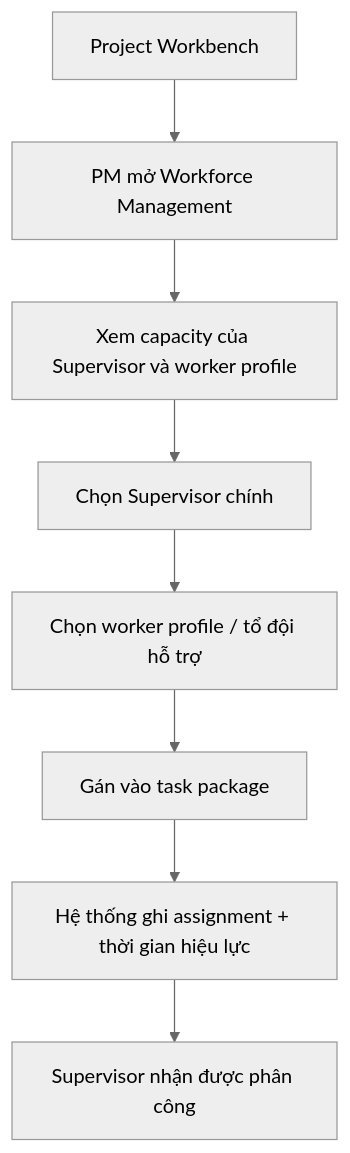
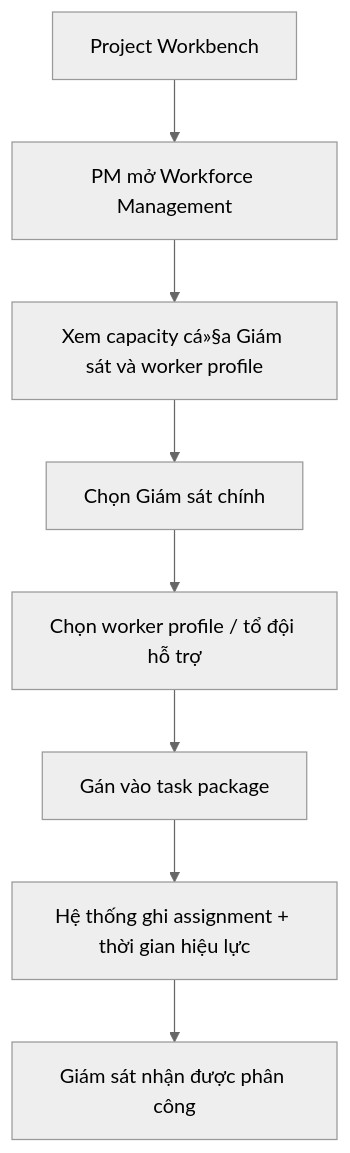
Before and after one commit to dungnt118/sira-thi-cong: the fourth of 8 diagrams in documents/BA-V4/03-UI-UX-Design/PM/User_Flows_PM_v4.md, drawn with Mermaid (neutral theme). The commit also changed other lines of this file and 56 other files, not shown here.

````diff
--- a/documents/BA-V4/03-UI-UX-Design/PM/User_Flows_PM_v4.md
+++ b/documents/BA-V4/03-UI-UX-Design/PM/User_Flows_PM_v4.md
@@ -74,10 +74,10 @@
 ```mermaid
 flowchart TD
   A["Project Workbench"] --> B["PM mở Workforce Management"]
-  B --> C["Xem capacity của Supervisor và worker profile"]
-  C --> D["Chọn Supervisor chính"]
+  B --> C["Xem capacity cá»§a Giám sát và worker profile"]
+  C --> D["Chọn Giám sát chính"]
   D --> E["Chọn worker profile / tổ đội hỗ trợ"]
   E --> F["Gán vào task package"]
   F --> G["Hệ thống ghi assignment + thời gian hiệu lực"]
-  G --> H["Supervisor nhận được phân công"]
+  G --> H["Giám sát nhận được phân công"]
 ```
````
